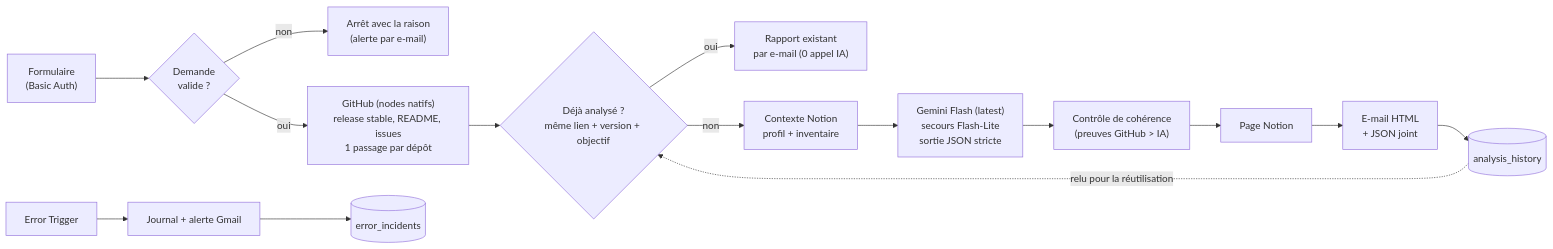
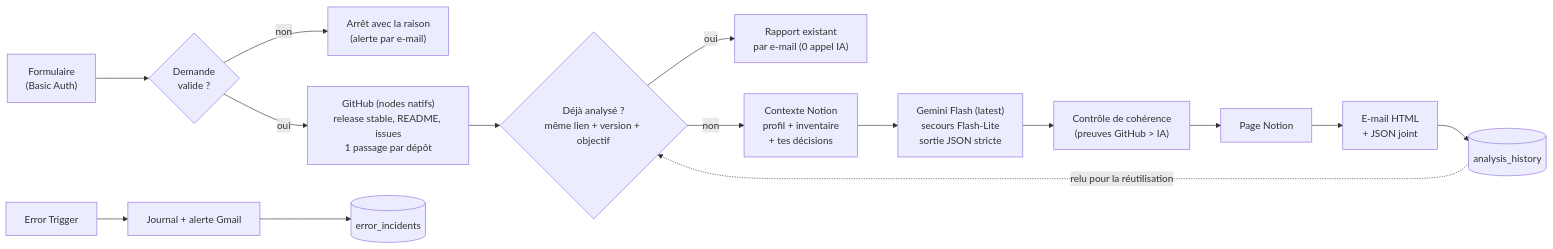
Before and after one commit to Sh0oya/eugenia_n8n: the diagram in n8n_workflow/README.md, drawn with Mermaid. The commit also changed other lines of this file and 5 other files, not shown here.

````diff
--- a/n8n_workflow/README.md
+++ b/n8n_workflow/README.md
@@ -43,18 +43,18 @@
 ```mermaid
 flowchart LR
   F["Formulaire<br/>(Basic Auth)"] --> V{"Demande<br/>valide ?"}
   V -- non --> X["Arrêt avec la raison<br/>(alerte par e-mail)"]
   V -- oui --> G["GitHub (nodes natifs)<br/>release stable, README, issues<br/>1 passage par dépôt"]
   G --> R{"Déjà analysé ?<br/>même lien + version + objectif"}
   R -- oui --> RU["Rapport existant<br/>par e-mail (0 appel IA)"]
-  R -- non --> C["Contexte Notion<br/>profil + inventaire"]
+  R -- non --> C["Contexte Notion<br/>profil + inventaire<br/>+ tes décisions"]
   C --> AI["Gemini Flash (latest)<br/>secours Flash-Lite<br/>sortie JSON stricte"]
   AI --> VC["Contrôle de cohérence<br/>(preuves GitHub > IA)"]
   VC --> N["Page Notion"]
   N --> M["E-mail HTML<br/>+ JSON joint"]
   M --> H[("analysis_history")]
   H -. "relu pour la réutilisation" .-> R
 
   E["Error Trigger"] --> EL["Journal + alerte Gmail"]
   EL --> EI[("error_incidents")]
 ```
````
